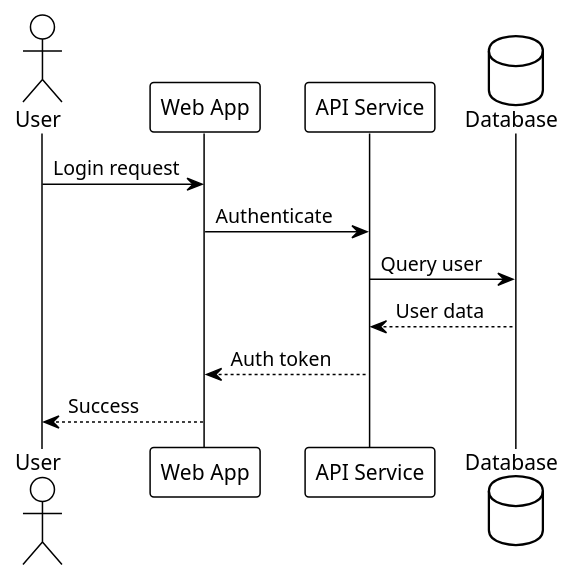
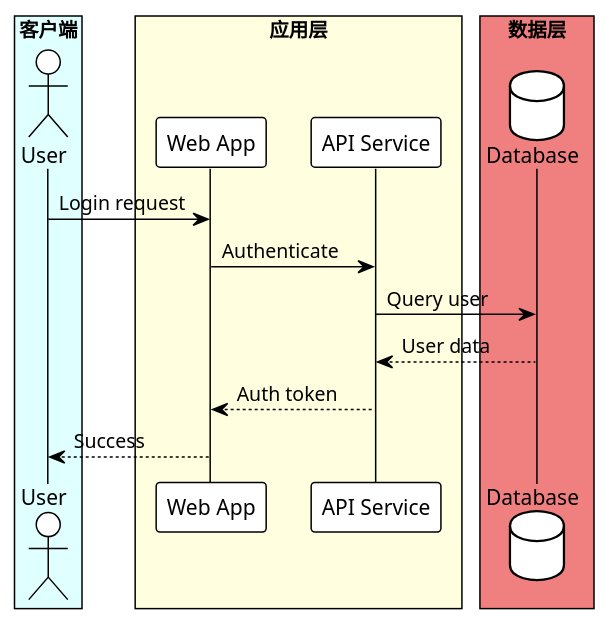
One commit to magicJie/plantuml-skill changed the first of 37 diagrams in references/styling_guide.md. Above: the diagram before and after it, drawn with PlantUML. The commit also changed other lines of this file and 5 other files, not shown here.

Commit message:
feat(sequence-style):默认时序图采用分层分组配色并更新模板样例

````diff
--- a/references/styling_guide.md
+++ b/references/styling_guide.md
@@ -32,17 +33,25 @@
 ```puml
 @startuml
 !theme plain
 
-actor User
-participant "Web App" as Web
-participant "API Service" as API
-database "Database" as DB
+box "客户端" #LightCyan
+  actor User
+end box
+
+box "应用层" #LightYellow
+  participant "Web App" as Web
+  participant "API Service" as API
+end box
+
+box "数据层" #LightCoral
+  database "Database" as DB
+end box
 
 User -> Web : Login request
 Web -> API : Authenticate
 API -> DB : Query user
 DB --> API : User data
 API --> Web : Auth token
 Web --> User : Success
 @enduml
 ```
````
